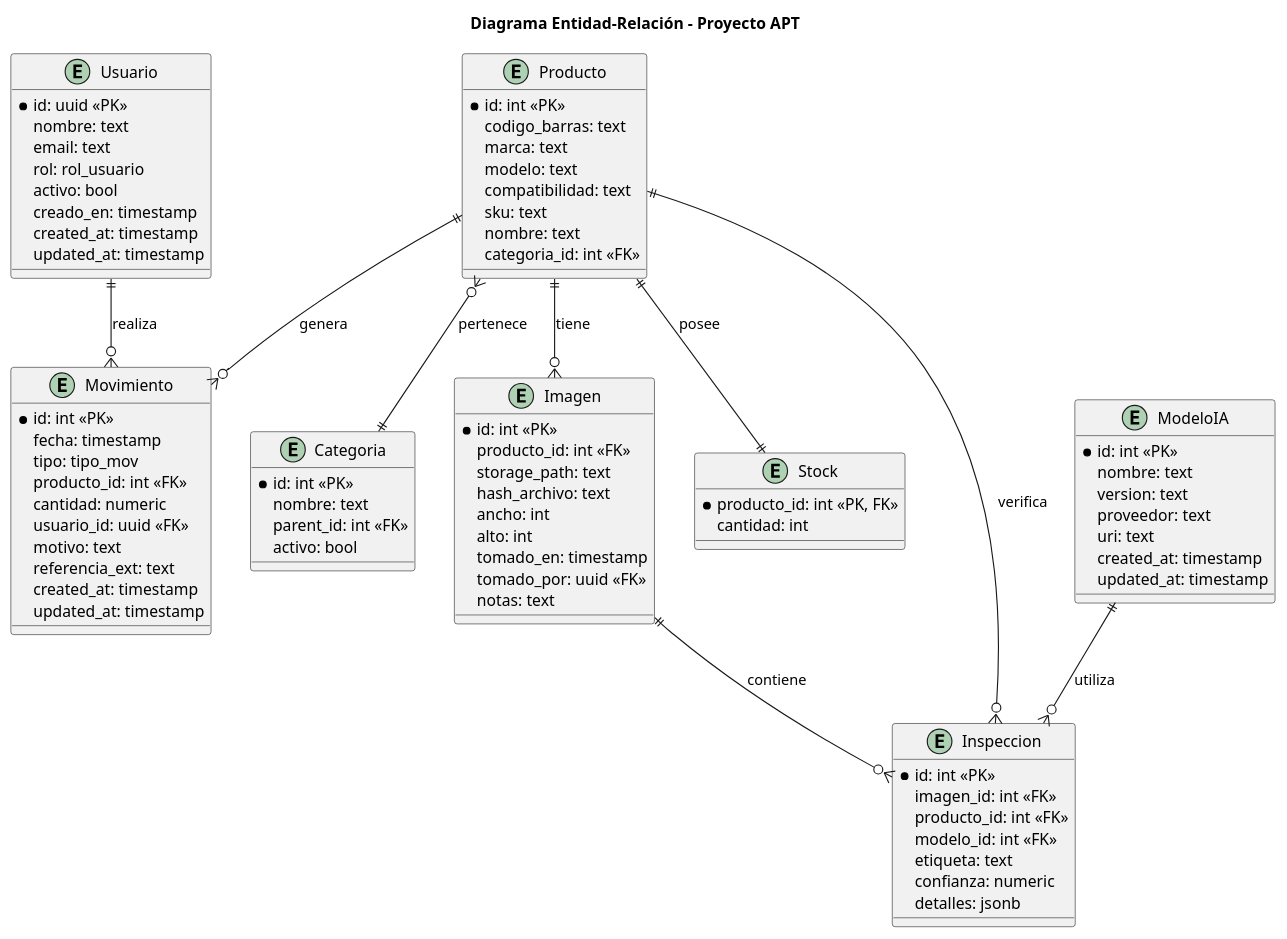
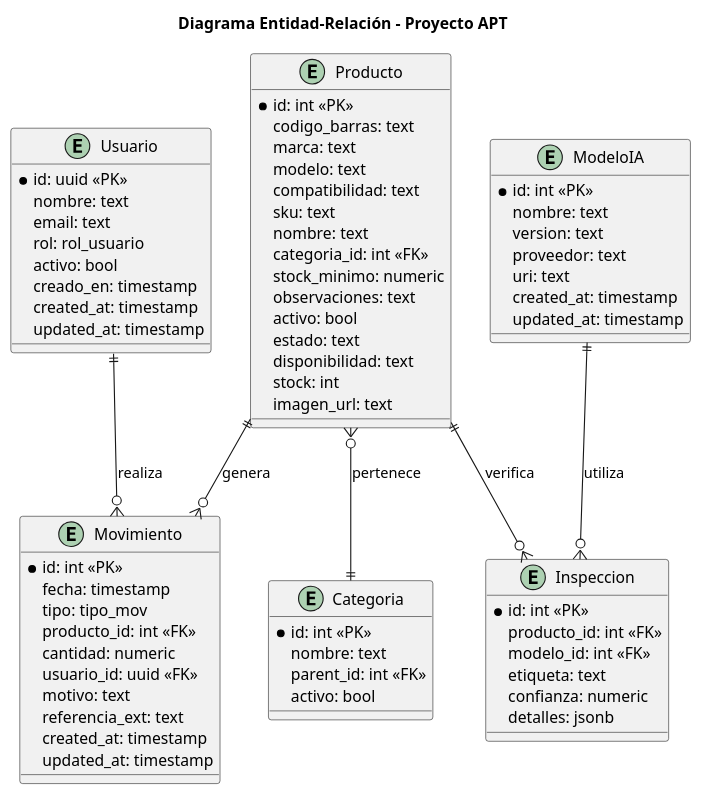
Before and after one commit to Tihare-Campusano/NEXA: the diagram in inventario-app/docs/diagramas/Diagrama_entidad_relacion.puml, drawn with PlantUML. The commit also changed 10 other files, not shown here.

```diff
--- a/inventario-app/docs/diagramas/Diagrama_entidad_relacion.puml
+++ b/inventario-app/docs/diagramas/Diagrama_entidad_relacion.puml
@@ -1,93 +1,79 @@
 @startuml Diagrama_ER_APT
 title Diagrama Entidad-Relación - Proyecto APT
 
 entity Usuario {
     *id: uuid <<PK>>
     nombre: text
     email: text
     rol: rol_usuario
     activo: bool
     creado_en: timestamp
     created_at: timestamp
     updated_at: timestamp
 }
 
 entity Producto {
     *id: int <<PK>>
     codigo_barras: text
     marca: text
     modelo: text
     compatibilidad: text
     sku: text
     nombre: text
     categoria_id: int <<FK>>
+    stock_minimo: numeric
+    observaciones: text
+    activo: bool
+    estado: text
+    disponibilidad: text
+    stock: int
+    imagen_url: text
 }
 
 entity Categoria {
     *id: int <<PK>>
     nombre: text
     parent_id: int <<FK>>
     activo: bool
-}
-
-entity Imagen {
-    *id: int <<PK>>
-    producto_id: int <<FK>>
-    storage_path: text
-    hash_archivo: text
-    ancho: int
-    alto: int
-    tomado_en: timestamp
-    tomado_por: uuid <<FK>>
-    notas: text
 }
 
 entity Movimiento {
     *id: int <<PK>>
     fecha: timestamp
     tipo: tipo_mov
     producto_id: int <<FK>>
     cantidad: numeric
     usuario_id: uuid <<FK>>
     motivo: text
     referencia_ext: text
     created_at: timestamp
     updated_at: timestamp
 }
 
-entity Stock {
-    *producto_id: int <<PK, FK>>
-    cantidad: int
-}
-
 entity Inspeccion {
     *id: int <<PK>>
-    imagen_id: int <<FK>>
     producto_id: int <<FK>>
     modelo_id: int <<FK>>
     etiqueta: text
     confianza: numeric
     detalles: jsonb
 }
 
 entity ModeloIA {
     *id: int <<PK>>
     nombre: text
     version: text
     proveedor: text
     uri: text
     created_at: timestamp
     updated_at: timestamp
 }
 
 ' Relaciones
 Usuario ||--o{ Movimiento : realiza
-Producto ||--o{ Imagen : tiene
-Producto ||--|| Stock : posee
 Producto }o--|| Categoria : pertenece
 Producto ||--o{ Movimiento : genera
 Producto ||--o{ Inspeccion : verifica
-Imagen ||--o{ Inspeccion : contiene
 ModeloIA ||--o{ Inspeccion : utiliza
 
 @enduml
```
